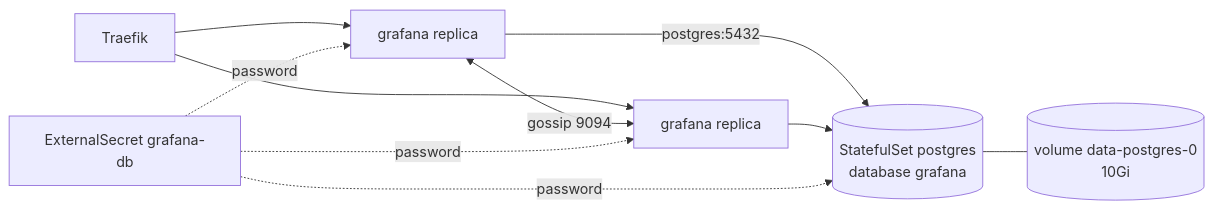
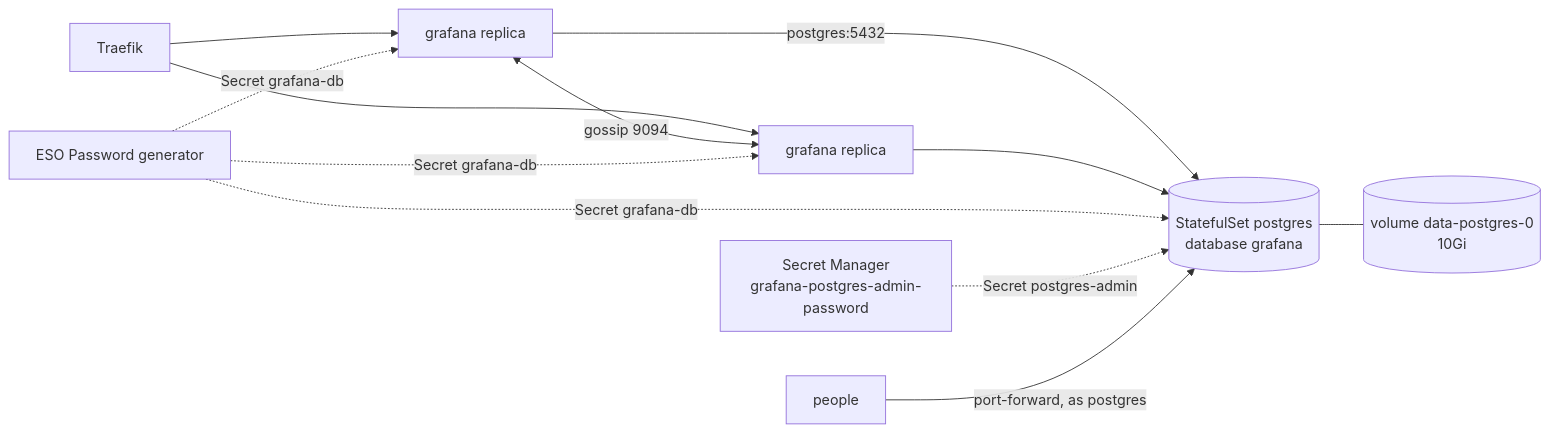
One commit to arikkfir-org/docs changed the second of 2 diagrams in hub/designs/disruption-budgets.md. Above: the diagram before and after it, drawn with Mermaid. The commit also changed other lines of this file and 1 other file, not shown here.

First line of the commit message:
docs(hub): Grafana's database password is generated; the admin's is set by hand

````diff
--- a/hub/designs/disruption-budgets.md
+++ b/hub/designs/disruption-budgets.md
@@ -62,12 +62,14 @@
 ```mermaid
 flowchart LR
   T[Traefik] --> G1[grafana replica]
   T --> G2[grafana replica]
   G1 <-->|gossip 9094| G2
   G1 -- "postgres:5432" --> PG[(StatefulSet postgres<br/>database grafana)]
   G2 --> PG
   PG --- V[(volume data-postgres-0<br/>10Gi)]
-  ESO[ExternalSecret grafana-db] -. password .-> G1
-  ESO -. password .-> G2
-  ESO -. password .-> PG
+  GEN[ESO Password generator] -. "Secret grafana-db" .-> G1
+  GEN -. "Secret grafana-db" .-> G2
+  GEN -. "Secret grafana-db" .-> PG
+  GSM[Secret Manager<br/>grafana-postgres-admin-password] -. "Secret postgres-admin" .-> PG
+  P[people] -- "port-forward, as postgres" --> PG
 ```
````
